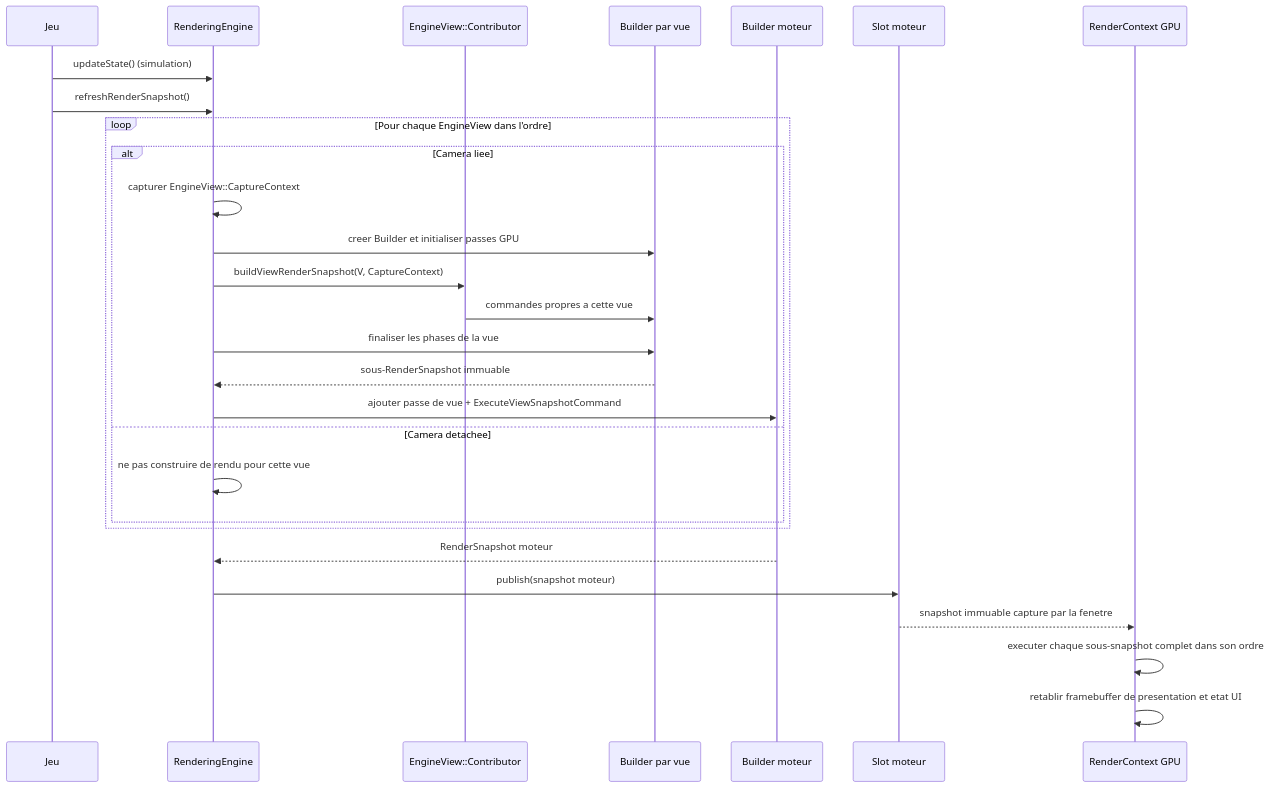
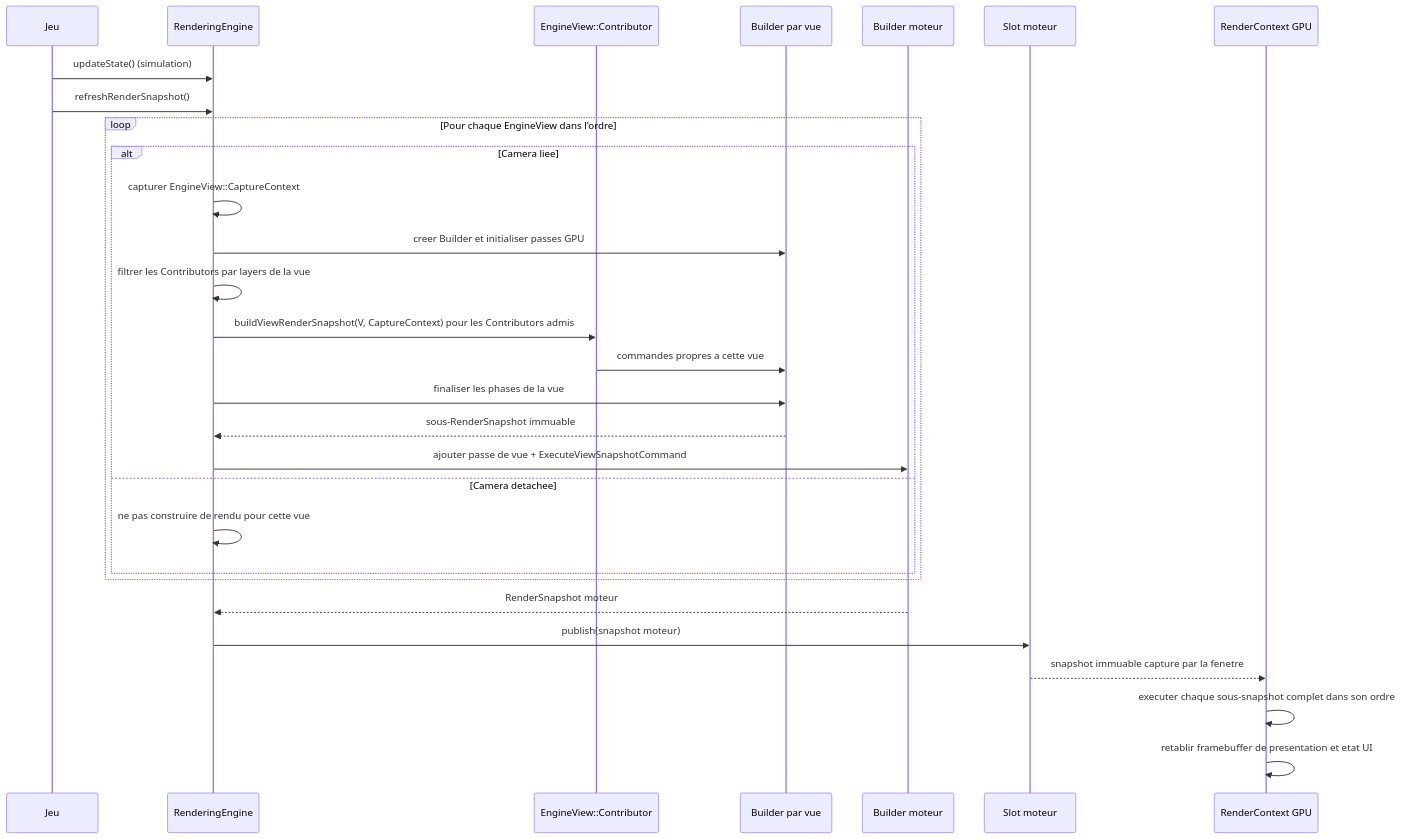
One commit to EreliaStudio/Sparkle changed the ninth of 13 diagrams in docs/voxel-engine-v0.1.4-specification.md. Above: the diagram before and after it, drawn with Mermaid. The commit also changed other lines of this file, not shown here.

Commit message:
docs(v0.1.4): introduce Contributor layers and EngineView setLayers filtering without scene ownership

````diff
--- a/docs/voxel-engine-v0.1.4-specification.md
+++ b/docs/voxel-engine-v0.1.4-specification.md
@@ -816,30 +816,31 @@
 ```mermaid
 sequenceDiagram
   participant G as Jeu
   participant E as RenderingEngine
   participant C as EngineView::Contributor
   participant V as Builder par vue
   participant M as Builder moteur
   participant S as Slot moteur
   participant R as RenderContext GPU
   G->>E: updateState() (simulation)
   G->>E: refreshRenderSnapshot()
   loop Pour chaque EngineView dans l'ordre
     alt Camera liee
       E->>E: capturer EngineView::CaptureContext
       E->>V: creer Builder et initialiser passes GPU
-      E->>C: buildViewRenderSnapshot(V, CaptureContext)
+      E->>E: filtrer les Contributors par layers de la vue
+      E->>C: buildViewRenderSnapshot(V, CaptureContext) pour les Contributors admis
       C->>V: commandes propres a cette vue
       E->>V: finaliser les phases de la vue
       V-->>E: sous-RenderSnapshot immuable
       E->>M: ajouter passe de vue + ExecuteViewSnapshotCommand
     else Camera detachee
       E->>E: ne pas construire de rendu pour cette vue
     end
   end
   M-->>E: RenderSnapshot moteur
   E->>S: publish(snapshot moteur)
   S-->>R: snapshot immuable capture par la fenetre
   R->>R: executer chaque sous-snapshot complet dans son ordre
   R->>R: retablir framebuffer de presentation et etat UI
 ```
````
